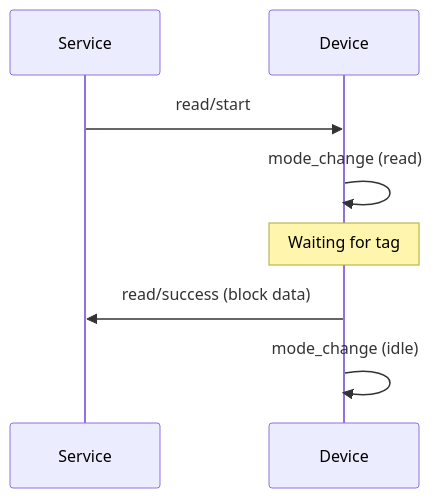
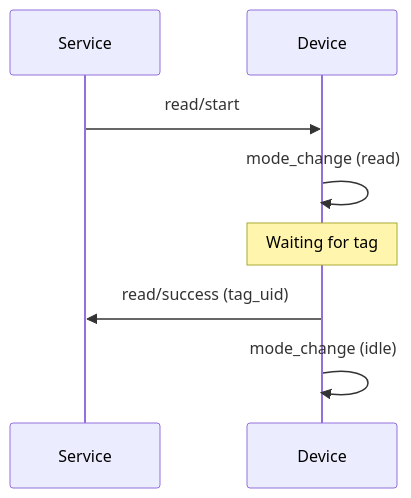
Before and after one commit to LibreTap/mqtt-protocol: the third of 3 diagrams in MQTT_PROTOCOL_SPEC.md, drawn with Mermaid. The commit also changed other lines of this file and 9 other files, not shown here.

Commit message:
feat: update documentation for shared secret model and v1.0 read flow changes

````diff
--- a/MQTT_PROTOCOL_SPEC.md
+++ b/MQTT_PROTOCOL_SPEC.md
@@ -225,11 +230,11 @@
 ```mermaid
 sequenceDiagram
     participant Service
     participant Device
     
     Service->>Device: read/start
     Device->>Device: mode_change (read)
     Note over Device: Waiting for tag
-    Device->>Service: read/success (block data)
+    Device->>Service: read/success (tag_uid)
     Device->>Device: mode_change (idle)
 ```
````
